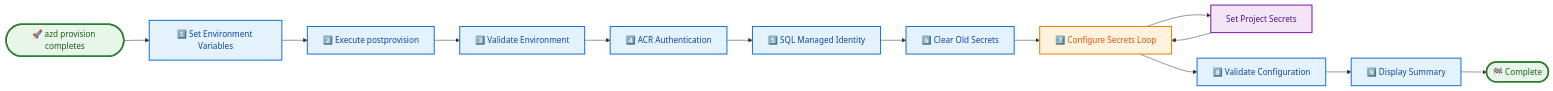
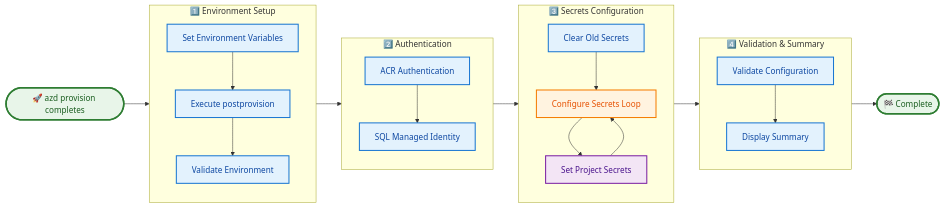
Before and after one commit to Evilazaro/Azure-LogicApps-Monitoring: the diagram in docs/hooks/postprovision.md, drawn with Mermaid. The commit also changed 4 other files, not shown here.

Commit message:
Refactor workflow diagrams in multiple documentation files for improved clarity and structure

````diff
--- a/docs/hooks/postprovision.md
+++ b/docs/hooks/postprovision.md
@@ -488,38 +488,55 @@
 ```mermaid
 flowchart LR
     Start(["🚀 azd provision completes"])
-    SetEnv["1️⃣ Set Environment Variables"]
-    Execute["2️⃣ Execute postprovision"]
-    Validate["3️⃣ Validate Environment"]
-    ACRAuth["4️⃣ ACR Authentication"]
-    SQLConfig["5️⃣ SQL Managed Identity"]
-    Clear["6️⃣ Clear Old Secrets"]
-    ConfigLoop["7️⃣ Configure Secrets Loop"]
-    ConfigProject["Set Project Secrets"]
-    Validate2["8️⃣ Validate Configuration"]
-    Summary["9️⃣ Display Summary"]
     Complete(["🏁 Complete"])
 
-    Start --> SetEnv
-    SetEnv --> Execute
-    Execute --> Validate
-    Validate --> ACRAuth
-    ACRAuth --> SQLConfig
-    SQLConfig --> Clear
-    Clear --> ConfigLoop
-    ConfigLoop --> ConfigProject
-    ConfigProject --> ConfigLoop
-    ConfigLoop --> Validate2
-    Validate2 --> Summary
-    Summary --> Complete
+    Start --> EnvironmentSetup
+
+    subgraph EnvironmentSetup["1️⃣ Environment Setup"]
+        direction TB
+        SetEnv["Set Environment Variables"]
+        Execute["Execute postprovision"]
+        Validate["Validate Environment"]
+        SetEnv --> Execute
+        Execute --> Validate
+    end
+
+    subgraph Authentication["2️⃣ Authentication"]
+        direction TB
+        ACRAuth["ACR Authentication"]
+        SQLConfig["SQL Managed Identity"]
+        ACRAuth --> SQLConfig
+    end
+
+    subgraph SecretsConfig["3️⃣ Secrets Configuration"]
+        direction TB
+        Clear["Clear Old Secrets"]
+        ConfigLoop["Configure Secrets Loop"]
+        ConfigProject["Set Project Secrets"]
+        Clear --> ConfigLoop
+        ConfigLoop --> ConfigProject
+        ConfigProject --> ConfigLoop
+    end
+
+    subgraph ValidationPhase["4️⃣ Validation & Summary"]
+        direction TB
+        Validate2["Validate Configuration"]
+        Summary["Display Summary"]
+        Validate2 --> Summary
+    end
+
+    EnvironmentSetup --> Authentication
+    Authentication --> SecretsConfig
+    SecretsConfig --> ValidationPhase
+    ValidationPhase --> Complete
 
     classDef startEnd fill:#e8f5e9,stroke:#2e7d32,stroke-width:3px,color:#1b5e20
     classDef process fill:#e3f2fd,stroke:#1976d2,stroke-width:2px,color:#0d47a1
     classDef config fill:#f3e5f5,stroke:#7b1fa2,stroke-width:2px,color:#4a148c
     classDef loop fill:#fff3e0,stroke:#f57c00,stroke-width:2px,color:#e65100
 
     class Start,Complete startEnd
     class SetEnv,Execute,Validate,ACRAuth,SQLConfig,Clear,Validate2,Summary process
     class ConfigLoop loop
     class ConfigProject config
 ```
````
